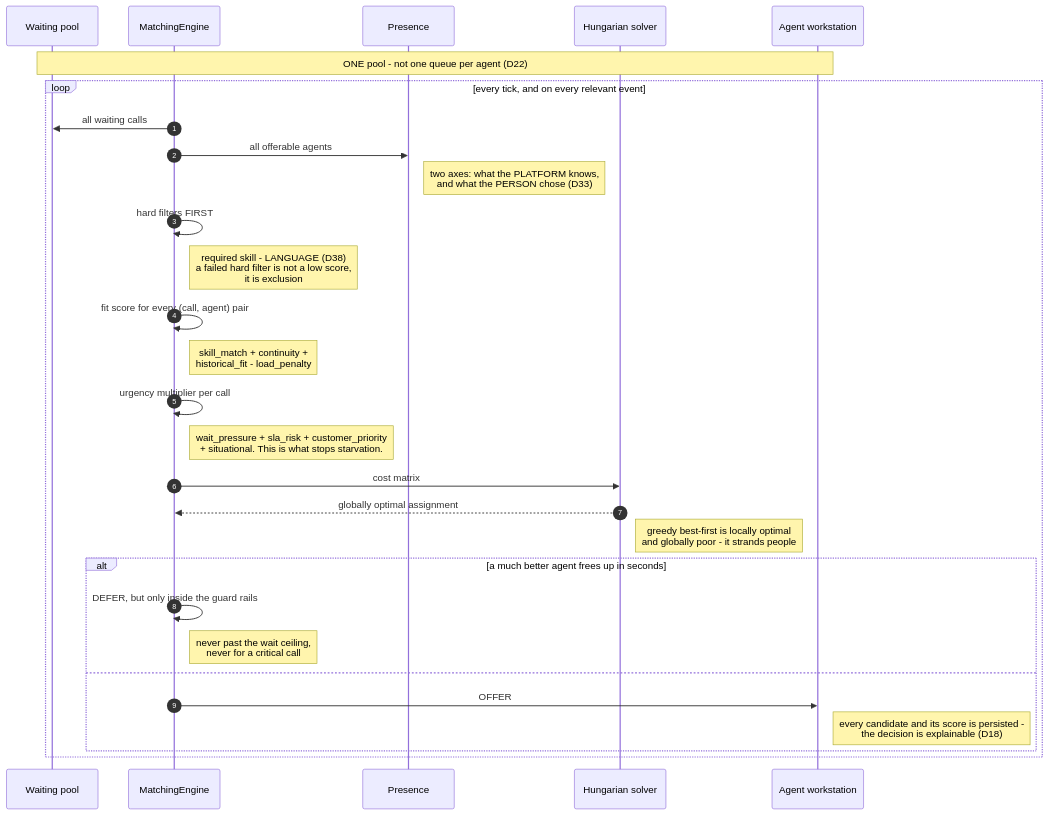
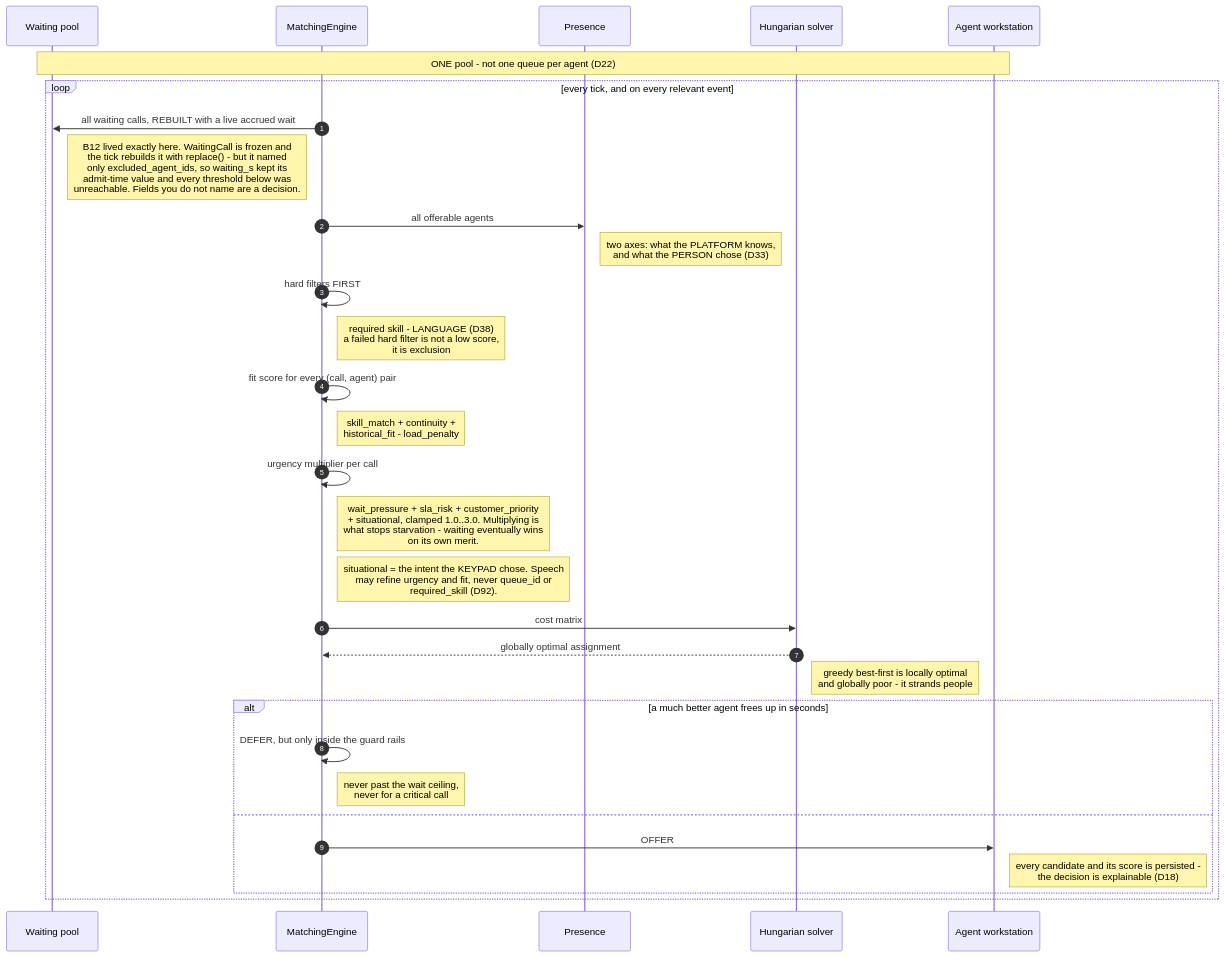
One commit to anakom-suvonvorn/Krungsri-ReadyCall changed the diagram in docs/diagrams/src/flow_matching.mmd. Above: the diagram before and after it, drawn with Mermaid. The commit also changed 27 other files, not shown here.

```diff
--- a/docs/diagrams/src/flow_matching.mmd
+++ b/docs/diagrams/src/flow_matching.mmd
@@ -1,37 +1,39 @@
-%% HANDWRITTEN. Checked against ARCHITECTURE.md S8 + D22 + D23 + D38
+%% HANDWRITTEN. Checked against ARCHITECTURE.md S8 + D22 + D23 + D38 + D92 + B12
 sequenceDiagram
     autonumber
     participant Q as Waiting pool
     participant M as MatchingEngine
     participant PR as Presence
     participant SOLV as Hungarian solver
     participant WS as Agent workstation
 
     Note over Q,WS: ONE pool - not one queue per agent (D22)
 
     loop every tick, and on every relevant event
-        M->>Q: all waiting calls
+        M->>Q: all waiting calls, REBUILT with a live accrued wait
+        Note right of Q: B12 lived exactly here. WaitingCall is frozen and<br/>the tick rebuilds it with replace() - but it named<br/>only excluded_agent_ids, so waiting_s kept its<br/>admit-time value and every threshold below was<br/>unreachable. Fields you do not name are a decision.
         M->>PR: all offerable agents
         Note right of PR: two axes: what the PLATFORM knows,<br/>and what the PERSON chose (D33)
 
         M->>M: hard filters FIRST
         Note right of M: required skill - LANGUAGE (D38)<br/>a failed hard filter is not a low score,<br/>it is exclusion
 
         M->>M: fit score for every (call, agent) pair
         Note right of M: skill_match + continuity +<br/>historical_fit - load_penalty
 
         M->>M: urgency multiplier per call
-        Note right of M: wait_pressure + sla_risk + customer_priority<br/>+ situational. This is what stops starvation.
+        Note right of M: wait_pressure + sla_risk + customer_priority<br/>+ situational, clamped 1.0..3.0. Multiplying is<br/>what stops starvation - waiting eventually wins<br/>on its own merit.
+        Note right of M: situational = the intent the KEYPAD chose. Speech<br/>may refine urgency and fit, never queue_id or<br/>required_skill (D92).
 
         M->>SOLV: cost matrix
         SOLV-->>M: globally optimal assignment
         Note right of SOLV: greedy best-first is locally optimal<br/>and globally poor - it strands people
 
         alt a much better agent frees up in seconds
             M->>M: DEFER, but only inside the guard rails
             Note right of M: never past the wait ceiling,<br/>never for a critical call
         else
             M->>WS: OFFER
             Note right of WS: every candidate and its score is persisted -<br/>the decision is explainable (D18)
         end
     end
```
